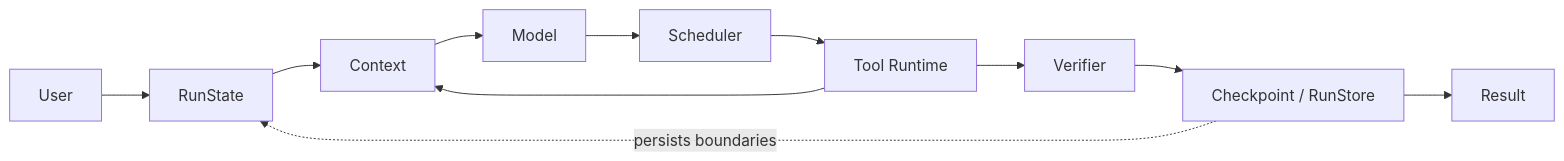
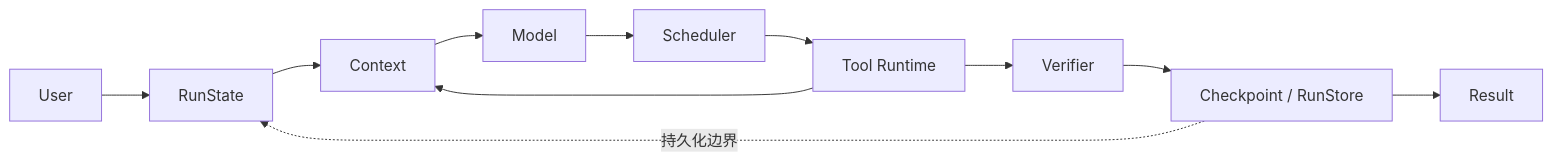
One commit to jqswhzydxs/MyCoreCoder changed the diagram in README.md. Above: the diagram before and after it, drawn with Mermaid. The commit also changed other lines of this file and 2 other files, not shown here.

````diff
--- a/README.md
+++ b/README.md
@@ -48,13 +48,13 @@
 ```mermaid
 flowchart LR
     U[User] --> RS[RunState]
     RS --> C[Context]
     C --> M[Model]
     M --> S[Scheduler]
     S --> T[Tool Runtime]
     T --> V[Verifier]
     V --> CP[Checkpoint / RunStore]
     CP --> R[Result]
     T --> C
-    CP -. persists boundaries .-> RS
+    CP -. 持久化边界 .-> RS
 ```
````
